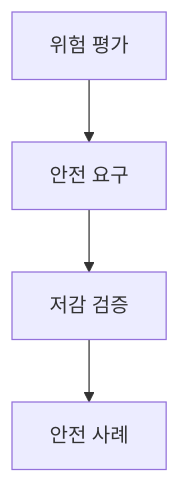
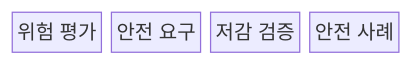
The first of 2 diagrams in src/content/docs/notes/03-software/077_software_safety_gamab_alarp.md (agnusdei1207/knowledge-base), drawn with Mermaid before and after one commit. The commit also changed other lines of this file and 20 other files, not shown here.

````diff
--- a/src/content/docs/notes/03-software/077_software_safety_gamab_alarp.md
+++ b/src/content/docs/notes/03-software/077_software_safety_gamab_alarp.md
@@ -58,6 +56,8 @@
 ```mermaid
-flowchart TD
-    H["위험 평가"] --> R["안전 요구"]
-    R --> V["저감 검증"]
-    V --> C["안전 사례"]
+block
+  columns 4
+  H["위험 평가"]
+  R["안전 요구"]
+  V["저감 검증"]
+  C["안전 사례"]
 ```
````
